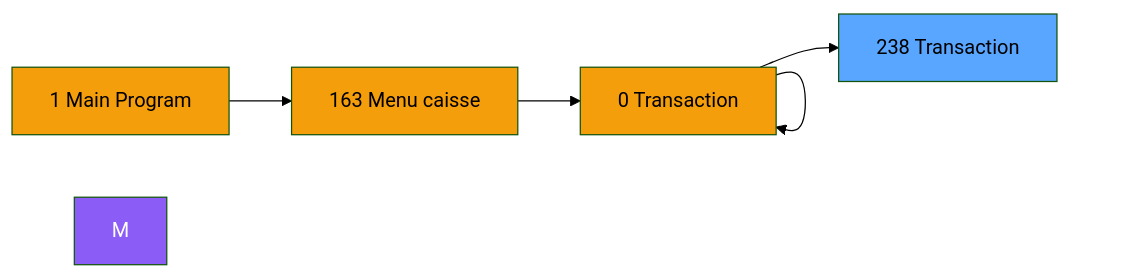
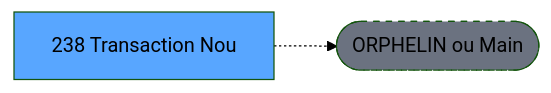
Before and after one commit to thonyAGP/lecteur-magic: the second of 3 diagrams in .openspec/renders/ADH-IDE-238.md, drawn with Mermaid (forest theme). The commit also changed other lines of this file and 701 other files, not shown here.

````diff
--- a/.openspec/renders/ADH-IDE-238.md
+++ b/.openspec/renders/ADH-IDE-238.md
@@ -168,21 +150,8 @@
 ```mermaid
 graph LR
-    N1[1 Main Program]
-    N163[163 Menu caisse ]
-    N0[0 Transaction ]
-    N0[0 Transaction ]
-    N0[0 Transaction ]
-    T[238 Transaction ]
-    N1 --> N163
-    N163 --> N0
-    N0 --> N0
-    N0 --> N0
-    N0 --> T
-    style M fill:#8b5cf6,color:#fff
-    style N1 fill:#f59e0b
-    style N163 fill:#f59e0b
-    style N0 fill:#f59e0b
-    style N0 fill:#f59e0b
-    style N0 fill:#f59e0b
+    T[238 Transaction Nou]
+    ORPHAN([ORPHELIN ou Main])
+    T -.-> ORPHAN
     style T fill:#58a6ff,color:#000
+    style ORPHAN fill:#6b7280,stroke-dasharray: 5 5
 ```
````
